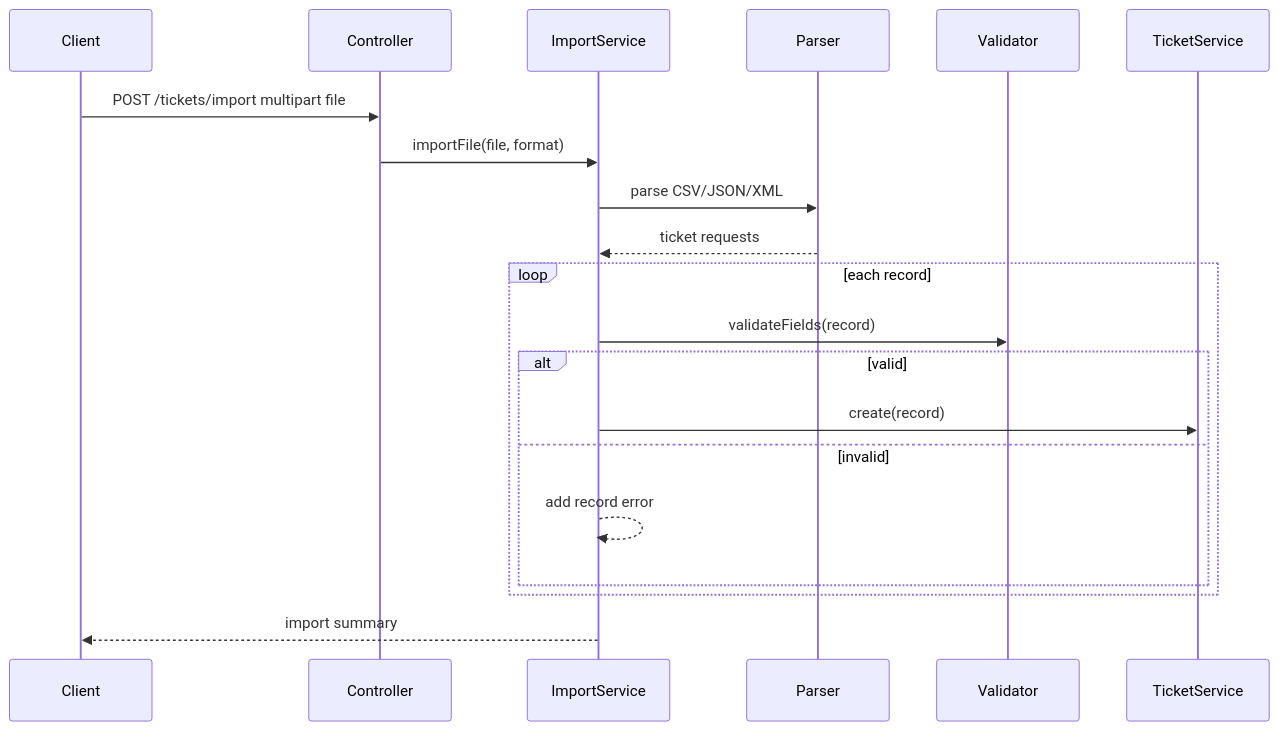
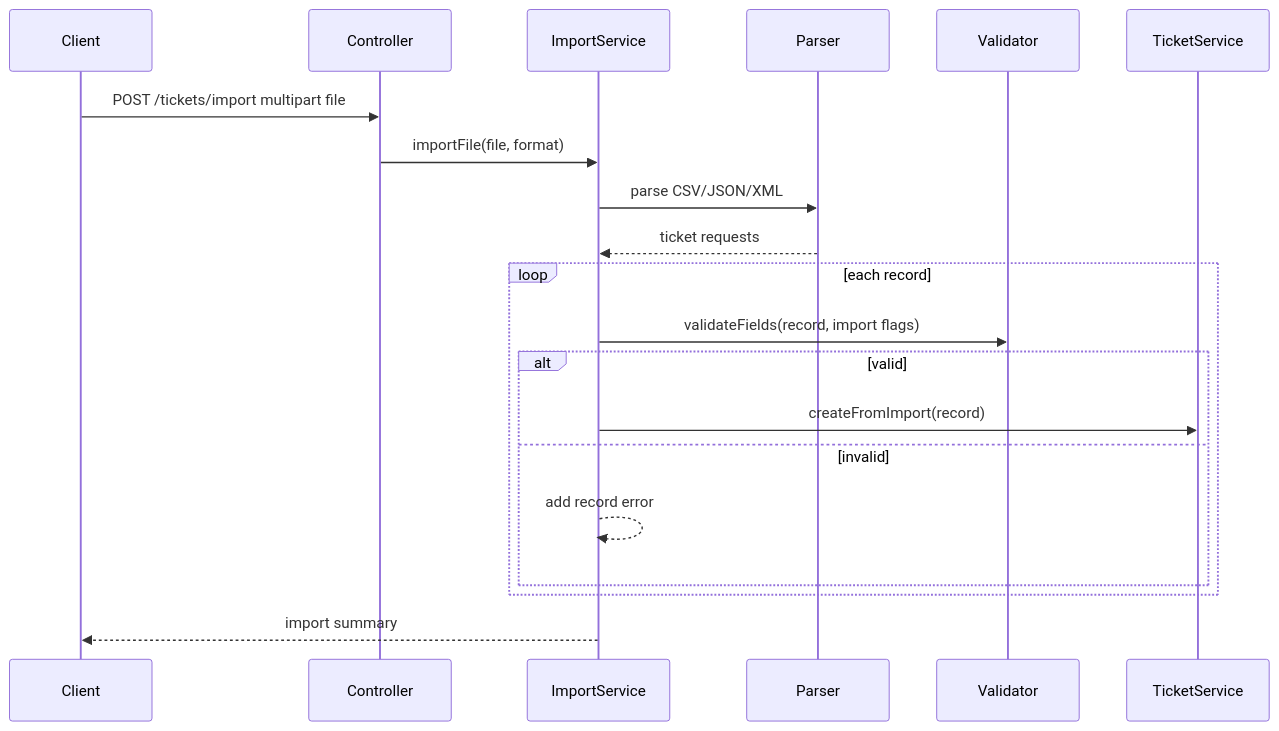
Before and after one commit to itxyzzz/gen-ai-se-hw: the third of 4 diagrams in homework-2/ARCHITECTURE.md, drawn with Mermaid. The commit also changed other lines of this file and 29 other files, not shown here.

````diff
--- a/homework-2/ARCHITECTURE.md
+++ b/homework-2/ARCHITECTURE.md
@@ -44,22 +53,22 @@
 ```mermaid
 sequenceDiagram
     participant Client
     participant Controller
     participant ImportService
     participant Parser
     participant Validator
     participant TicketService
     Client->>Controller: POST /tickets/import multipart file
     Controller->>ImportService: importFile(file, format)
     ImportService->>Parser: parse CSV/JSON/XML
     Parser-->>ImportService: ticket requests
     loop each record
-        ImportService->>Validator: validateFields(record)
+        ImportService->>Validator: validateFields(record, import flags)
         alt valid
-            ImportService->>TicketService: create(record)
+            ImportService->>TicketService: createFromImport(record)
         else invalid
             ImportService-->>ImportService: add record error
         end
     end
     ImportService-->>Client: import summary
 ```
````
